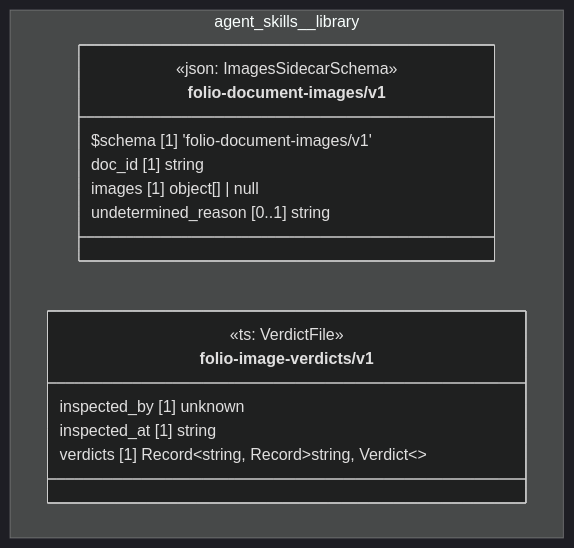
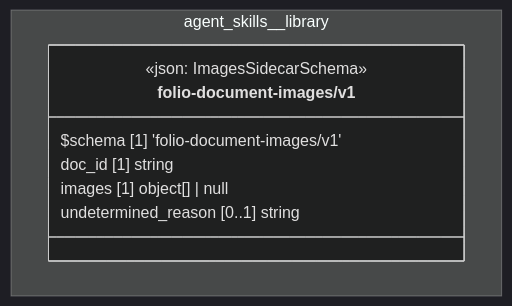
The diagram in cat-harness/docs/uml/overview/agent-skills/library.md (litlfred/folio-assistant), drawn with Mermaid (dark theme) before and after one commit. The commit also changed other lines of this file and 150 other files, not shown here.

First line of the commit message:
uml: draw only the $schema families a sub-graph actually holds

````diff
--- a/cat-harness/docs/uml/overview/agent-skills/library.md
+++ b/cat-harness/docs/uml/overview/agent-skills/library.md
@@ -12,21 +12,14 @@
 ```mermaid
 classDiagram
   direction TB
   namespace agent_skills__library {
     class agent_skills_library_folio_document_images_v1_folio_document_images_v1["folio-document-images/v1"] {
       <<json: ImagesSidecarSchema>>
       $schema [1] 'folio-document-images/v1'
       doc_id [1] string
       images [1] object[] | null
       undetermined_reason [0..1] string
     }
-    class agent_skills_library_folio_image_verdicts_v1["folio-image-verdicts/v1"] {
-      <<ts: VerdictFile>>
-      inspected_by [1] unknown
-      inspected_at [1] string
-      verdicts [1] Record~string, Record~string, Verdict~~
-    }
   }
   cssClass "agent_skills_library_folio_document_images_v1_folio_document_images_v1" fa_uml_kind_library
-  cssClass "agent_skills_library_folio_image_verdicts_v1" fa_uml_kind_library
 ```
````
